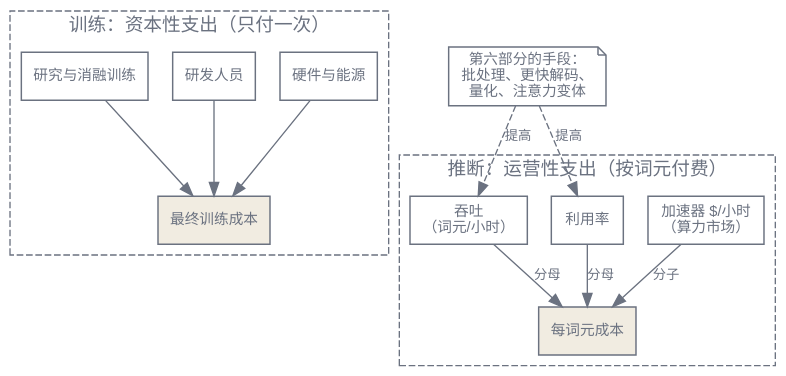
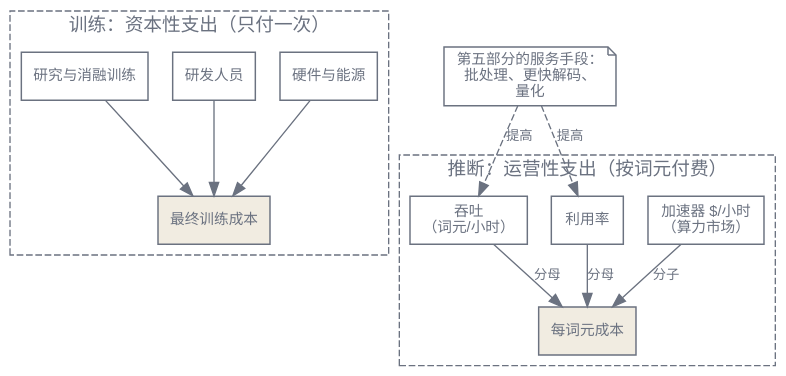
The first of 2 diagrams in zh/ecosystem/03-economics.qmd (latere-ai/ai-as-an-infrastructure), drawn with Graphviz before and after one commit. The commit also changed other lines of this file and 3 other files, not shown here.

````diff
--- a/zh/ecosystem/03-economics.qmd
+++ b/zh/ecosystem/03-economics.qmd
@@ -32,42 +32,42 @@
 ```{dot}
 //| label: fig-economics-cost-structures
 //| fig-cap: "两种成本结构的分解。训练是若干一次性部分之和，在任何价值返回之前就已付出。推断是按词元的比值，分母正是服务栈改进的对象。"
 digraph cost_structures {
   bgcolor="transparent";
   rankdir=TB;
   node [shape=box, fontname="Helvetica", fontsize=11, color="#6b7280", fontcolor="#6b7280", penwidth=1.1];
   edge [fontname="Helvetica", fontsize=10, color="#6b7280", fontcolor="#6b7280"];
 
   subgraph cluster_capex {
     label="训练：资本性支出（只付一次）";
     style=dashed;
     color="#6b7280";
     fontcolor="#6b7280";
     train [label="最终训练成本", shape=box, style=filled, fillcolor="#f1ece1"];
     hw [label="硬件与能源"];
     rnd [label="研发人员"];
     abl [label="研究与消融训练"];
     hw -> train;
     rnd -> train;
     abl -> train;
   }
 
   subgraph cluster_opex {
     label="推断：运营性支出（按词元付费）";
     style=dashed;
     color="#6b7280";
     fontcolor="#6b7280";
     unit [label="每词元成本", shape=box, style=filled, fillcolor="#f1ece1"];
     price [label="加速器 $/小时\n（算力市场）"];
     thr [label="吞吐\n（词元/小时）"];
     util [label="利用率"];
     price -> unit [label="分子"];
     thr -> unit [label="分母"];
     util -> unit [label="分母"];
   }
 
-  lever [label="第六部分的手段：\n批处理、更快解码、\n量化、注意力变体", shape=note];
+  lever [label="第五部分的服务手段：\n批处理、更快解码、\n量化", shape=note];
   lever -> thr [style=dashed, label="提高"];
   lever -> util [style=dashed, label="提高"];
 }
 ```
````
